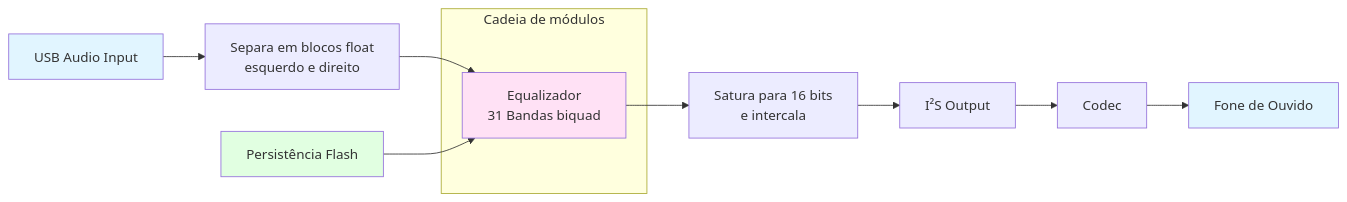
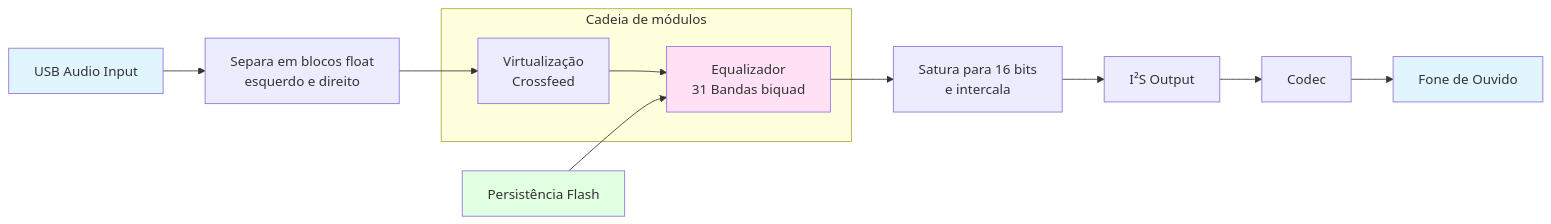
One commit to mclmorais/utfpr-el60c-tcc-otimizador-fones-v2 changed the diagram in README.md. Above: the diagram before and after it, drawn with Mermaid. The commit also changed other lines of this file and 13 other files, not shown here.

````diff
--- a/README.md
+++ b/README.md
@@ -329,18 +372,18 @@
 ```mermaid
 flowchart LR
     A[USB Audio Input] --> B[Separa em blocos float<br/>esquerdo e direito]
     subgraph Cadeia[Cadeia de módulos]
-        C[Equalizador<br/>31 Bandas biquad]
+        V[Virtualização<br/>Crossfeed] --> C[Equalizador<br/>31 Bandas biquad]
     end
-    B --> C
+    B --> V
     C --> D[Satura para 16 bits<br/>e intercala]
     D --> E[I²S Output]
     E --> F[Codec]
     F --> G[Fone de Ouvido]
     H[Persistência Flash] --> C
 
     style A fill:#e1f5ff
     style C fill:#ffe1f5
     style H fill:#e1ffe1
     style G fill:#e1f5ff
 ```
````
